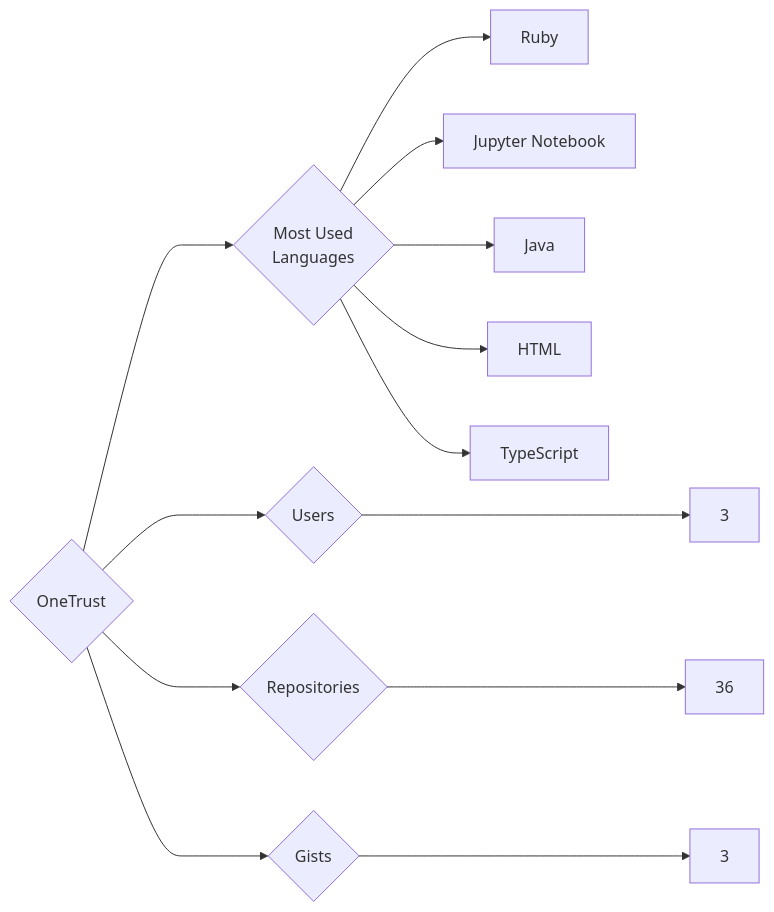
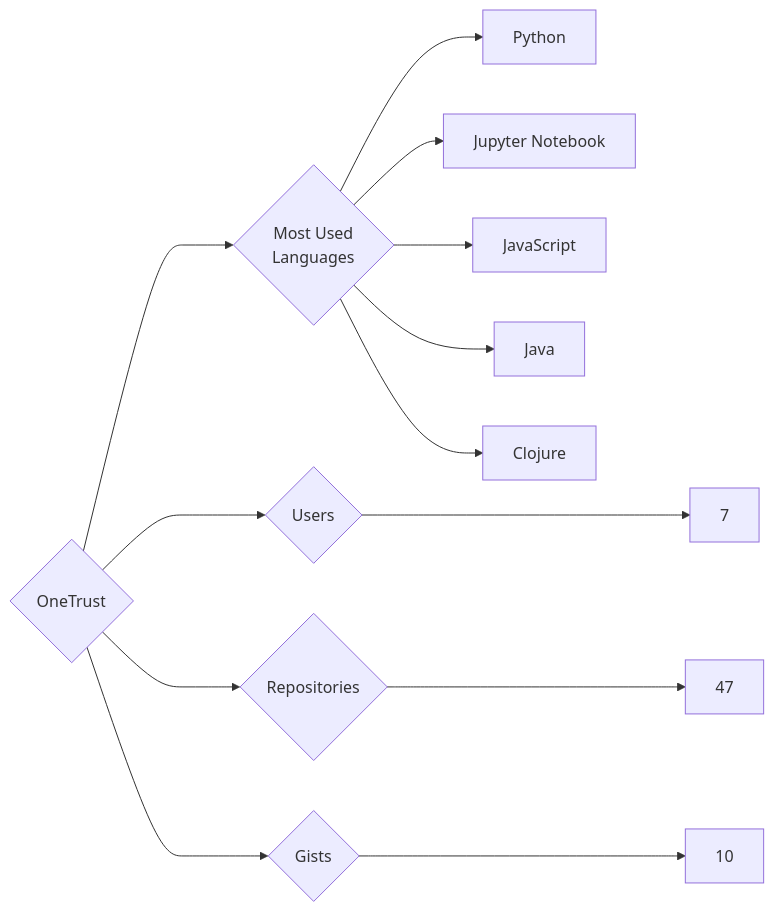
The diagram in targets/OneTrust/README.md (trickest/insiders), drawn with Mermaid before and after one commit. The commit also changed 1696 other files, not shown here.

````diff
--- a/targets/OneTrust/README.md
+++ b/targets/OneTrust/README.md
@@ -3,13 +3,13 @@
 ```mermaid
 graph LR
 COMPANY_NAME{OneTrust}
-COMPANY_NAME ---> U{Users} ---> UN[3]
-COMPANY_NAME ---> R{Repositories} ---> RN[36]
-COMPANY_NAME ---> G{Gists} ---> GN[3]
+COMPANY_NAME ---> U{Users} ---> UN[7]
+COMPANY_NAME ---> R{Repositories} ---> RN[47]
+COMPANY_NAME ---> G{Gists} ---> GN[10]
 COMPANY_NAME ---> ML{Most Used<br>Languages}
-ML --> Ruby[Ruby]
+ML --> Python[Python]
 ML --> Jupyter_Notebook[Jupyter Notebook]
+ML --> JavaScript[JavaScript]
 ML --> Java[Java]
-ML --> HTML[HTML]
-ML --> TypeScript[TypeScript]
+ML --> Clojure[Clojure]
 ```
````
